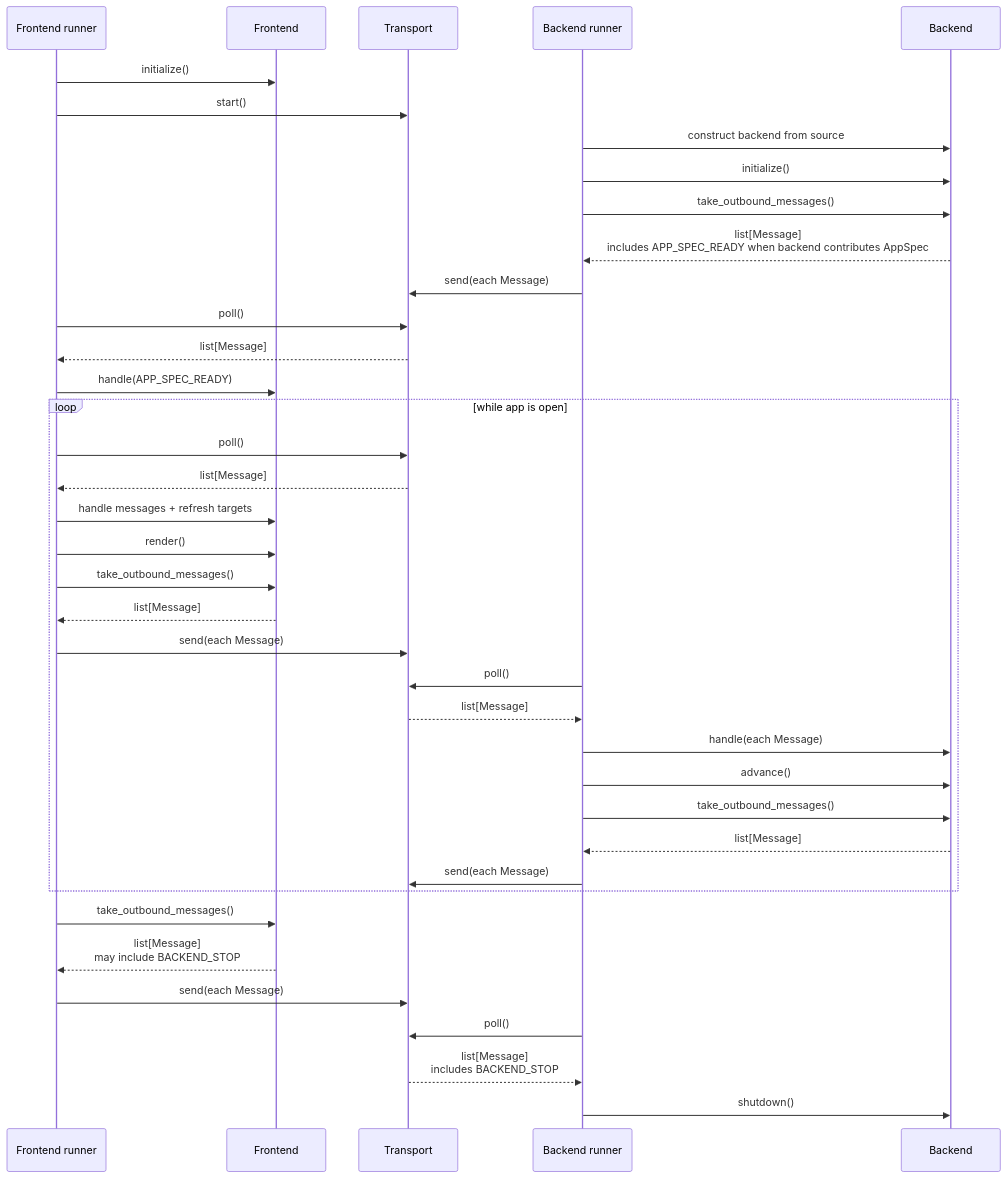
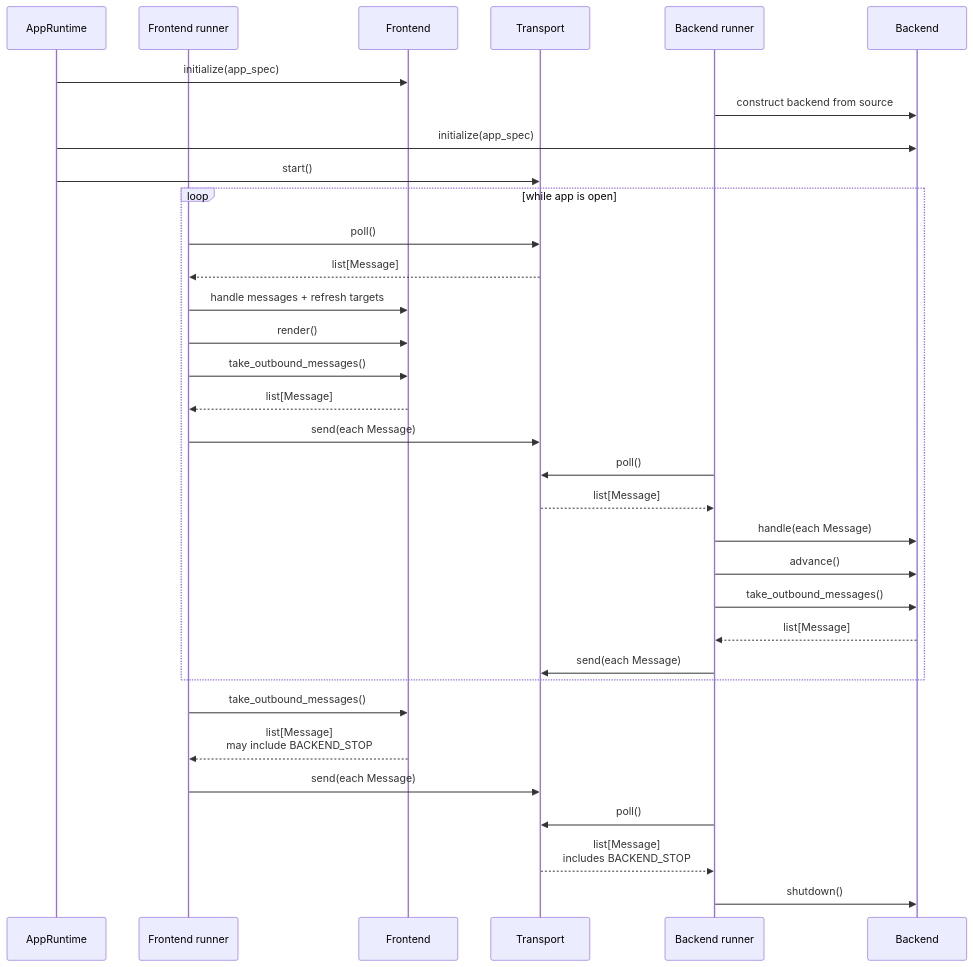
One commit to orrenravid1/CompartmentalNeuronGUI changed diagram 11 of 21 in docs/architecture/design/proposals/backend-transport-frontend-proposal.md. Above: the diagram before and after it, drawn with Mermaid. The commit also changed other lines of this file and 31 other files, not shown here.

````diff
--- a/docs/architecture/design/proposals/backend-transport-frontend-proposal.md
+++ b/docs/architecture/design/proposals/backend-transport-frontend-proposal.md
@@ -1182,44 +1209,39 @@
 ```mermaid
 sequenceDiagram
+    participant AR as AppRuntime
     participant FR as Frontend runner
     participant F as Frontend
     participant T as Transport
     participant BR as Backend runner
     participant B as Backend
 
-    FR->>F: initialize()
-    FR->>T: start()
+    AR->>F: initialize(app_spec)
     BR->>B: construct backend from source
-    BR->>B: initialize()
-    BR->>B: take_outbound_messages()
-    B-->>BR: list[Message]<br/>includes APP_SPEC_READY when backend contributes AppSpec
-    BR->>T: send(each Message)
-    FR->>T: poll()
-    T-->>FR: list[Message]
-    FR->>F: handle(APP_SPEC_READY)
+    AR->>B: initialize(app_spec)
+    AR->>T: start()
 
     loop while app is open
         FR->>T: poll()
         T-->>FR: list[Message]
         FR->>F: handle messages + refresh targets
         FR->>F: render()
         FR->>F: take_outbound_messages()
         F-->>FR: list[Message]
         FR->>T: send(each Message)
 
         BR->>T: poll()
         T-->>BR: list[Message]
         BR->>B: handle(each Message)
         BR->>B: advance()
         BR->>B: take_outbound_messages()
         B-->>BR: list[Message]
         BR->>T: send(each Message)
     end
 
     FR->>F: take_outbound_messages()
     F-->>FR: list[Message]<br/>may include BACKEND_STOP
     FR->>T: send(each Message)
     BR->>T: poll()
     T-->>BR: list[Message]<br/>includes BACKEND_STOP
     BR->>B: shutdown()
 ```
````
